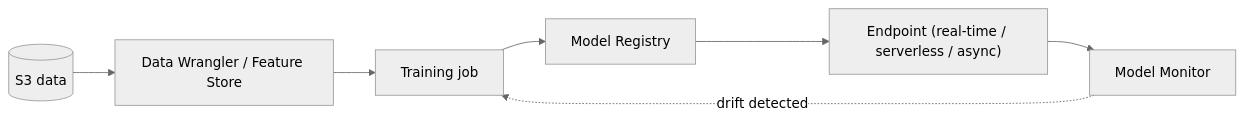
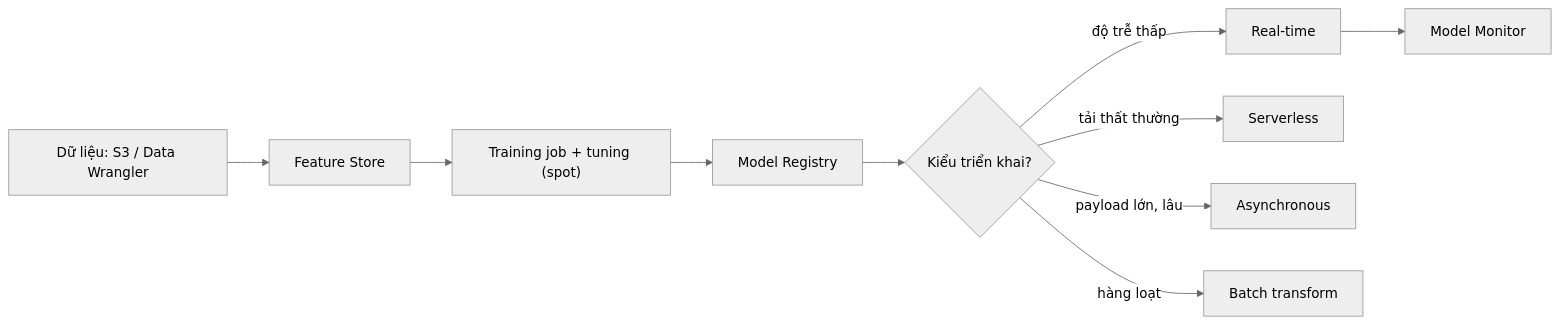
The diagram in src/assets/knowledge/playbooks/ai-ml/amazon-sagemaker.md (passion-Infinity/personal-tech-playbook), drawn with Mermaid (neutral theme) before and after one commit. The commit also changed other lines of this file and 6 other files, not shown here.

````diff
--- a/src/assets/knowledge/playbooks/ai-ml/amazon-sagemaker.md
+++ b/src/assets/knowledge/playbooks/ai-ml/amazon-sagemaker.md
@@ -20,9 +34,12 @@
 ```mermaid
 flowchart LR
-    S3[(S3 data)] --> DW[Data Wrangler / Feature Store]
-    DW --> TR[Training job]
-    TR --> MR[Model Registry]
-    MR --> EP["Endpoint (real-time / serverless / async)"]
-    EP --> MM[Model Monitor]
-    MM -.->|drift detected| TR
+    D["Dữ liệu: S3 / Data Wrangler"] --> FS["Feature Store"]
+    FS --> TR["Training job + tuning (spot)"]
+    TR --> REG["Model Registry"]
+    REG --> EP{"Kiểu triển khai?"}
+    EP -->|"độ trễ thấp"| RT["Real-time"]
+    EP -->|"tải thất thường"| SL["Serverless"]
+    EP -->|"payload lớn, lâu"| AS["Asynchronous"]
+    EP -->|"hàng loạt"| BT["Batch transform"]
+    RT --> MON["Model Monitor"]
 ```
````
